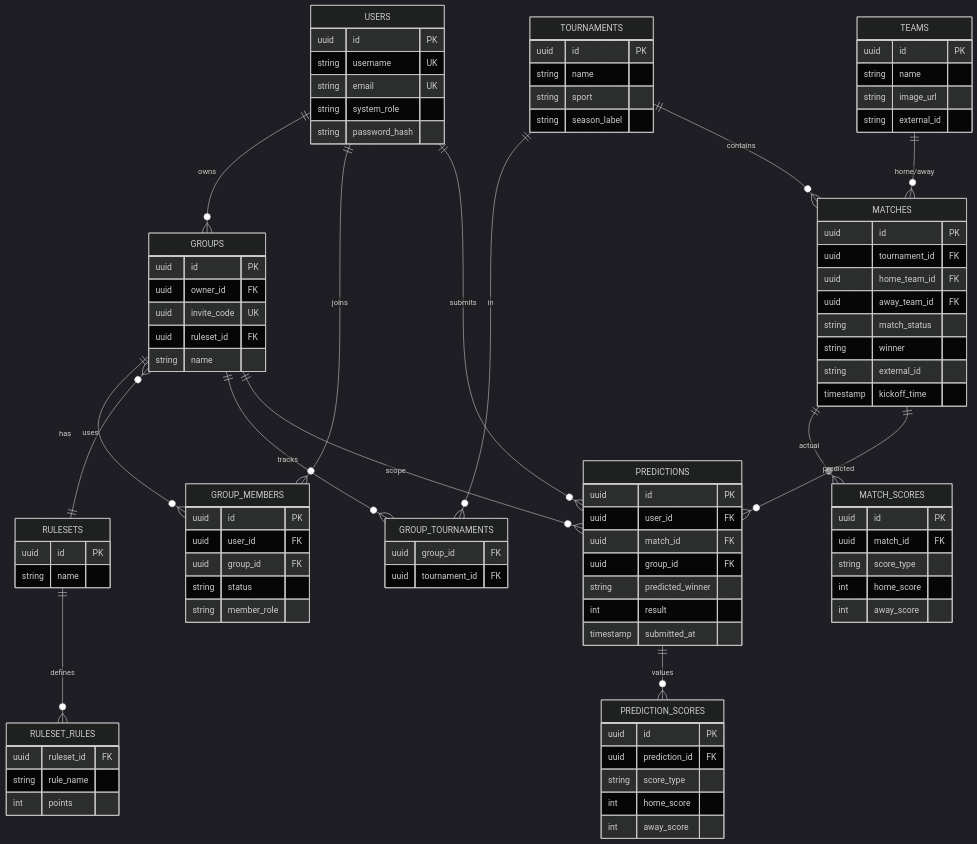
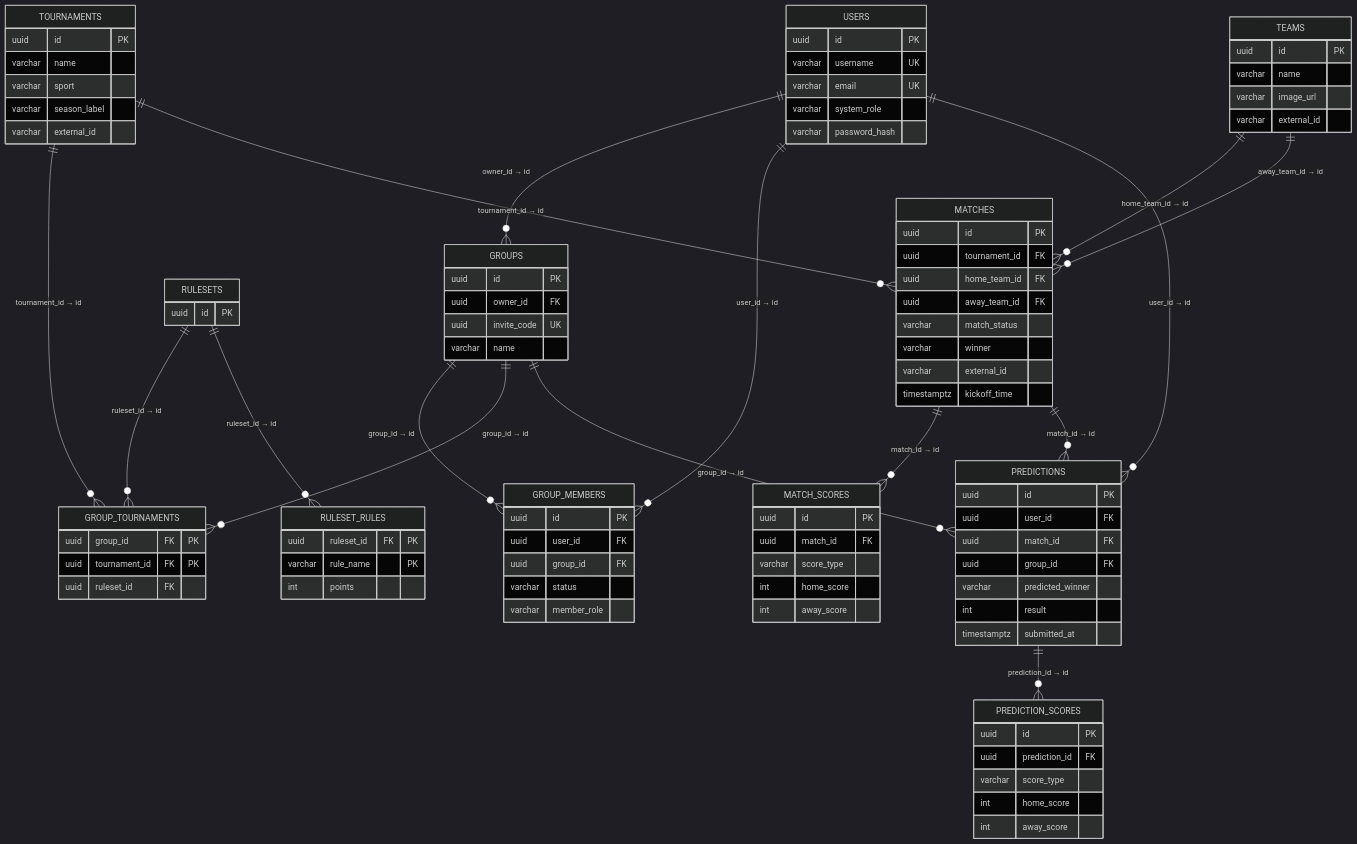
One commit to Shrampus/Predict-o-rama changed the second of 4 diagrams in docs/presentation-technical.md. Above: the diagram before and after it, drawn with Mermaid (dark theme). The commit also changed other lines of this file, not shown here.

````diff
--- a/docs/presentation-technical.md
+++ b/docs/presentation-technical.md
@@ -111,67 +100,81 @@
 ```mermaid
 erDiagram
-    USERS ||--o{ GROUPS : "owns"
-    USERS ||--o{ GROUP_MEMBERS : "joins"
-    GROUPS ||--o{ GROUP_MEMBERS : "has"
-    GROUPS }o--|| RULESETS : "uses"
-    GROUPS ||--o{ GROUP_TOURNAMENTS : "tracks"
-    TOURNAMENTS ||--o{ GROUP_TOURNAMENTS : "in"
-    TOURNAMENTS ||--o{ MATCHES : "contains"
-    TEAMS ||--o{ MATCHES : "home/away"
-    MATCHES ||--o{ MATCH_SCORES : "actual"
-    MATCHES ||--o{ PREDICTIONS : "predicted"
-    USERS ||--o{ PREDICTIONS : "submits"
-    GROUPS ||--o{ PREDICTIONS : "scope"
-    PREDICTIONS ||--o{ PREDICTION_SCORES : "values"
-    RULESETS ||--o{ RULESET_RULES : "defines"
+    USERS ||--o{ GROUPS : "owner_id → id"
+    USERS ||--o{ GROUP_MEMBERS : "user_id → id"
+    GROUPS ||--o{ GROUP_MEMBERS : "group_id → id"
+    GROUPS ||--o{ GROUP_TOURNAMENTS : "group_id → id"
+    TOURNAMENTS ||--o{ GROUP_TOURNAMENTS : "tournament_id → id"
+    RULESETS ||--o{ GROUP_TOURNAMENTS : "ruleset_id → id"
+    RULESETS ||--o{ RULESET_RULES : "ruleset_id → id"
+    TOURNAMENTS ||--o{ MATCHES : "tournament_id → id"
+    TEAMS ||--o{ MATCHES : "home_team_id → id"
+    TEAMS ||--o{ MATCHES : "away_team_id → id"
+    MATCHES ||--o{ MATCH_SCORES : "match_id → id"
+    USERS ||--o{ PREDICTIONS : "user_id → id"
+    MATCHES ||--o{ PREDICTIONS : "match_id → id"
+    GROUPS ||--o{ PREDICTIONS : "group_id → id"
+    PREDICTIONS ||--o{ PREDICTION_SCORES : "prediction_id → id"
 
     USERS {
         uuid id PK
-        string username UK
-        string email UK
-        string system_role
-        string password_hash
+        varchar username UK
+        varchar email UK
+        varchar system_role
+        varchar password_hash
     }
     GROUPS {
         uuid id PK
         uuid owner_id FK
         uuid invite_code UK
-        uuid ruleset_id FK
-        string name
+        varchar name
     }
     GROUP_MEMBERS {
         uuid id PK
         uuid user_id FK
         uuid group_id FK
-        string status
-        string member_role
+        varchar status
+        varchar member_role
+    }
+    GROUP_TOURNAMENTS {
+        uuid group_id FK "PK"
+        uuid tournament_id FK "PK"
+        uuid ruleset_id FK
+    }
+    RULESETS {
+        uuid id PK
+    }
+    RULESET_RULES {
+        uuid ruleset_id FK "PK"
+        varchar rule_name "PK"
+        int points
     }
     TOURNAMENTS {
         uuid id PK
-        string name
-        string sport
-        string season_label
+        varchar name
+        varchar sport
+        varchar season_label
+        varchar external_id
     }
     TEAMS {
         uuid id PK
-        string name
-        string image_url
-        string external_id
+        varchar name
+        varchar image_url
+        varchar external_id
     }
     MATCHES {
         uuid id PK
         uuid tournament_id FK
         uuid home_team_id FK
         uuid away_team_id FK
-        string match_status
-        string winner
-        string external_id
-        timestamp kickoff_time
+        varchar match_status
+        varchar winner
+        varchar external_id
+        timestamptz kickoff_time
     }
     MATCH_SCORES {
         uuid id PK
         uuid match_id FK
-        string score_type
+        varchar score_type
         int home_score
         int away_score
     }
@@ -180,28 +183,15 @@
         uuid user_id FK
         uuid match_id FK
         uuid group_id FK
-        string predicted_winner
+        varchar predicted_winner
         int result
-        timestamp submitted_at
+        timestamptz submitted_at
     }
     PREDICTION_SCORES {
         uuid id PK
         uuid prediction_id FK
-        string score_type
+        varchar score_type
         int home_score
         int away_score
     }
-    RULESETS {
-        uuid id PK
-        string name
-    }
-    RULESET_RULES {
-        uuid ruleset_id FK
-        string rule_name
-        int points
-    }
-    GROUP_TOURNAMENTS {
-        uuid group_id FK
-        uuid tournament_id FK
-    }
 ```
````
